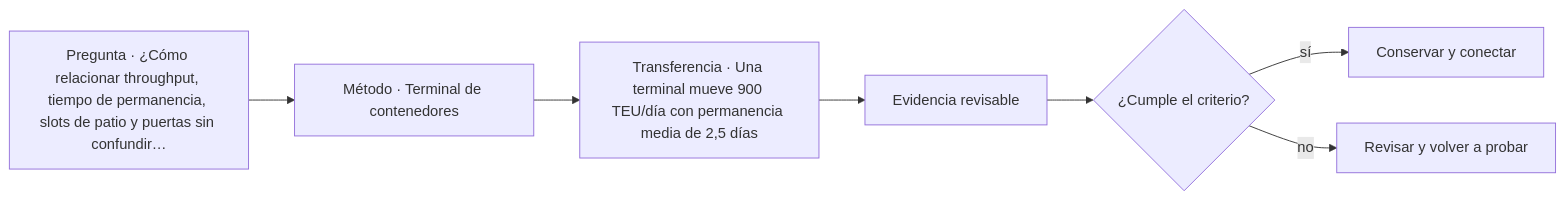
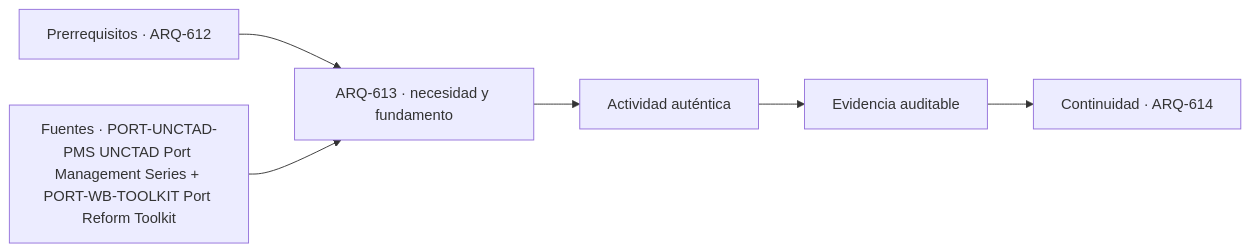
Before and after one commit to vladimiracunadev-create/architecture-built-environment-learning-program: the diagram in classes/parte-62/ARQ-613.md, drawn with Mermaid. The commit also changed other lines of this file and 761 other files, not shown here.

````diff
--- a/classes/parte-62/ARQ-613.md
+++ b/classes/parte-62/ARQ-613.md
@@ -111,9 +123,8 @@
 ```mermaid
 flowchart LR
-    Q["Pregunta · ¿Cómo relacionar throughput, tiempo de permanencia, slots de patio y puertas sin confundir…"] --> M["Método · Terminal de contenedores"]
-    M --> P["Transferencia · Una terminal mueve 900 TEU/día con permanencia media de 2,5 días"]
-    P --> E["Evidencia revisable"]
-    E --> C{"¿Cumple el criterio?"}
-    C -->|sí| T["Conservar y conectar"]
-    C -->|no| R["Revisar y volver a probar"]
+    A["Prerrequisitos · ARQ-612"] --> B["ARQ-613 · necesidad y fundamento"]
+    S["Fuentes · PORT-UNCTAD-PMS UNCTAD Port Management Series + PORT-WB-TOOLKIT Port Reform Toolkit"] --> B
+    B --> C["Actividad auténtica"]
+    C --> D["Evidencia auditable"]
+    D --> E["Continuidad · ARQ-614"]
 ```
````
